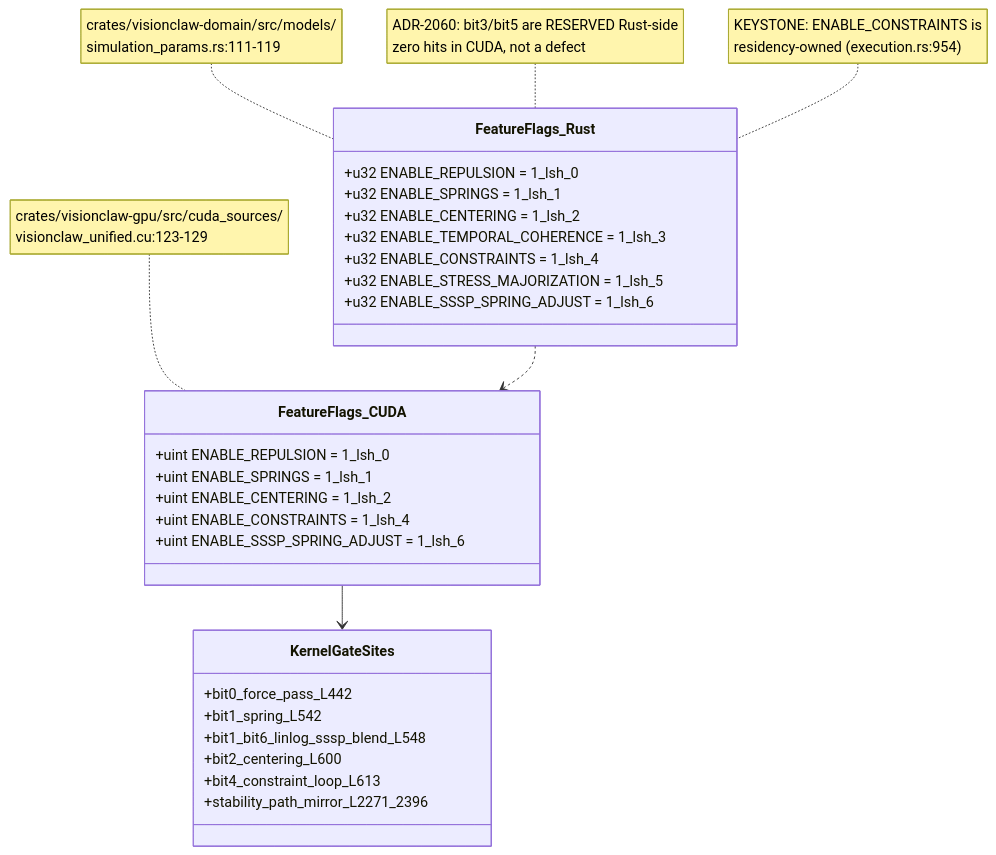
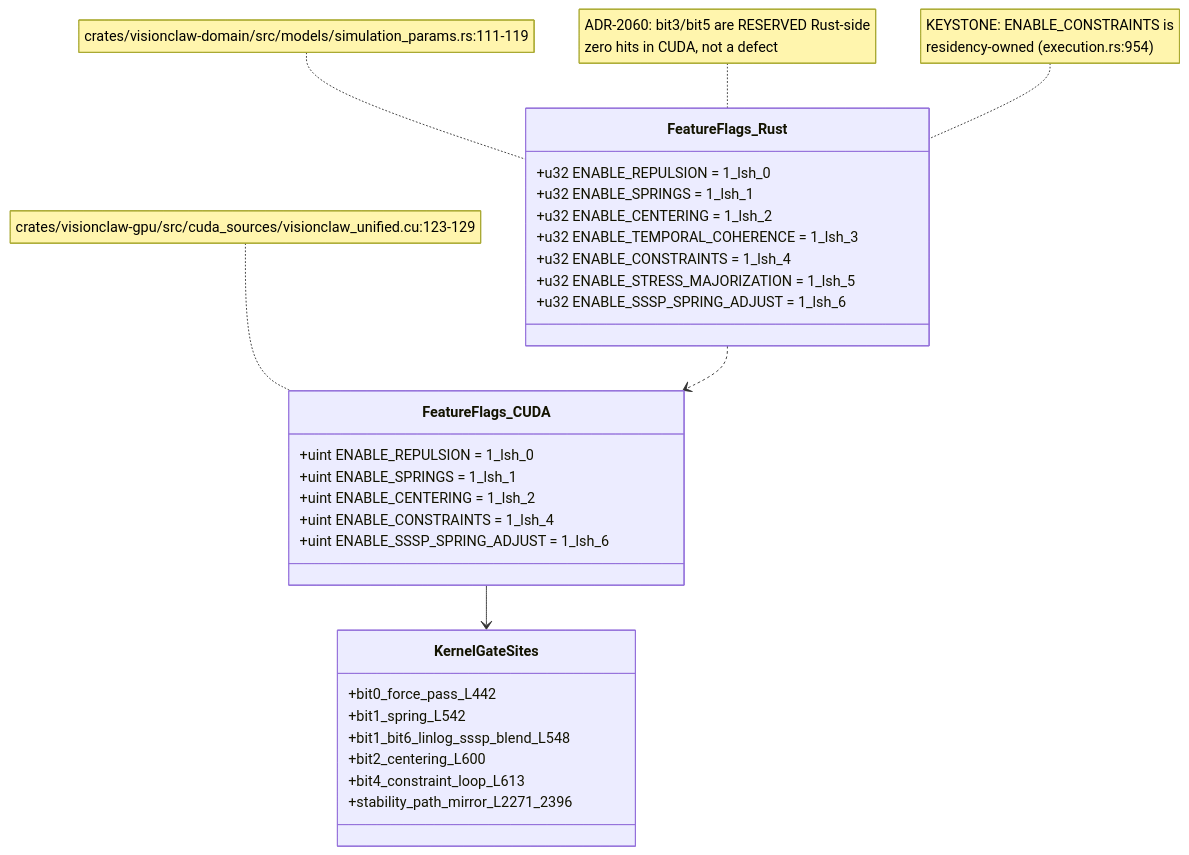
One commit to DreamLab-AI/VisionFlow changed the second of 7 diagrams in docs/diagrams/visionclaw/12-simparams-abi-and-ptx.md. Above: the diagram before and after it, drawn with Mermaid. The commit also changed other lines of this file and 185 other files, not shown here.

Commit message:
docs(estate): reconcile diagrams and ADRs with source and define closeout sprint

````diff
--- a/docs/diagrams/visionclaw/12-simparams-abi-and-ptx.md
+++ b/docs/diagrams/visionclaw/12-simparams-abi-and-ptx.md
@@ -111,33 +113,33 @@
 ```mermaid
 classDiagram
     class FeatureFlags_Rust {
         +u32 ENABLE_REPULSION = 1_lsh_0
         +u32 ENABLE_SPRINGS = 1_lsh_1
         +u32 ENABLE_CENTERING = 1_lsh_2
         +u32 ENABLE_TEMPORAL_COHERENCE = 1_lsh_3
         +u32 ENABLE_CONSTRAINTS = 1_lsh_4
         +u32 ENABLE_STRESS_MAJORIZATION = 1_lsh_5
         +u32 ENABLE_SSSP_SPRING_ADJUST = 1_lsh_6
     }
     class FeatureFlags_CUDA {
         +uint ENABLE_REPULSION = 1_lsh_0
         +uint ENABLE_SPRINGS = 1_lsh_1
         +uint ENABLE_CENTERING = 1_lsh_2
         +uint ENABLE_CONSTRAINTS = 1_lsh_4
         +uint ENABLE_SSSP_SPRING_ADJUST = 1_lsh_6
     }
     class KernelGateSites {
         +bit0_force_pass_L442
         +bit1_spring_L542
         +bit1_bit6_linlog_sssp_blend_L548
         +bit2_centering_L600
         +bit4_constraint_loop_L613
         +stability_path_mirror_L2271_2396
     }
     FeatureFlags_Rust ..> FeatureFlags_CUDA
     FeatureFlags_CUDA --> KernelGateSites
-    note for FeatureFlags_Rust "crates/visionclaw-domain/src/models/<br/>simulation_params.rs:111-119"
-    note for FeatureFlags_CUDA "crates/visionclaw-gpu/src/cuda_sources/<br/>visionclaw_unified.cu:123-129"
+    note for FeatureFlags_Rust "crates/visionclaw-domain/src/models/simulation_params.rs:111-119"
+    note for FeatureFlags_CUDA "crates/visionclaw-gpu/src/cuda_sources/visionclaw_unified.cu:123-129"
     note for FeatureFlags_Rust "ADR-2060: bit3/bit5 are RESERVED Rust-side<br/>zero hits in CUDA, not a defect"
     note for FeatureFlags_Rust "KEYSTONE: ENABLE_CONSTRAINTS is<br/>residency-owned (execution.rs:954)"
 ```
````
